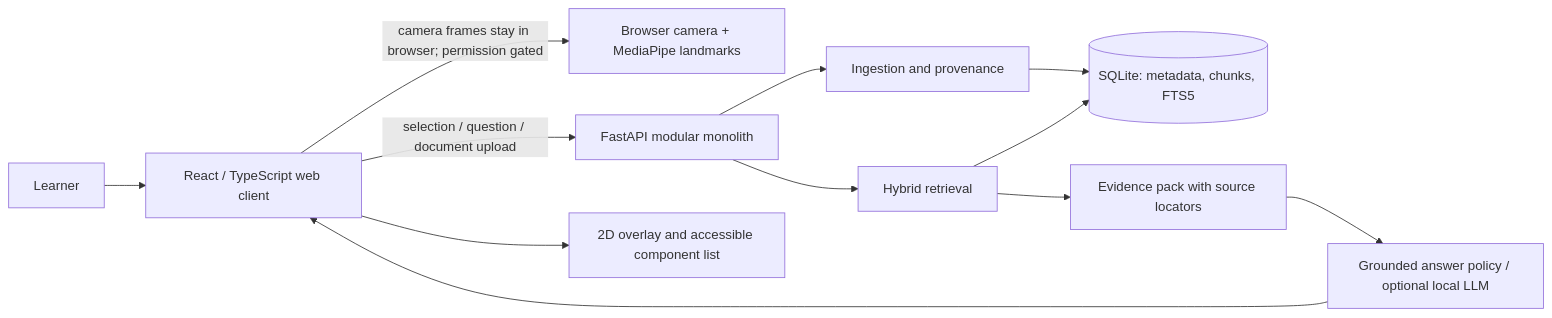
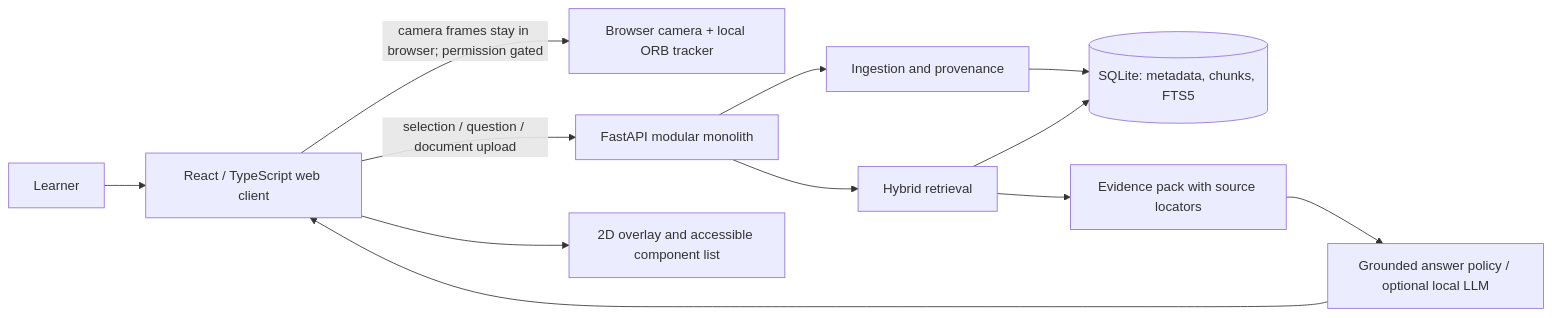
The diagram in docs/architecture/system-architecture.md (mahitss/rag_wl_model_recognization), drawn with Mermaid before and after one commit. The commit also changed other lines of this file and 15 other files, not shown here.

Commit message:
feat(vision): add local diagram tracking prototype

````diff
--- a/docs/architecture/system-architecture.md
+++ b/docs/architecture/system-architecture.md
@@ -7,14 +7,14 @@
 ```mermaid
 flowchart LR
   U[Learner] --> W[React / TypeScript web client]
-  W -->|camera frames stay in browser; permission gated| C[Browser camera + MediaPipe landmarks]
+  W -->|camera frames stay in browser; permission gated| C[Browser camera + local ORB tracker]
   W -->|selection / question / document upload| A[FastAPI modular monolith]
   A --> I[Ingestion and provenance]
   I --> S[(SQLite: metadata, chunks, FTS5)]
   A --> R[Hybrid retrieval]
   R --> S
   R --> E[Evidence pack with source locators]
   E --> G[Grounded answer policy / optional local LLM]
   G --> W
   W --> O[2D overlay and accessible component list]
 ```
````
